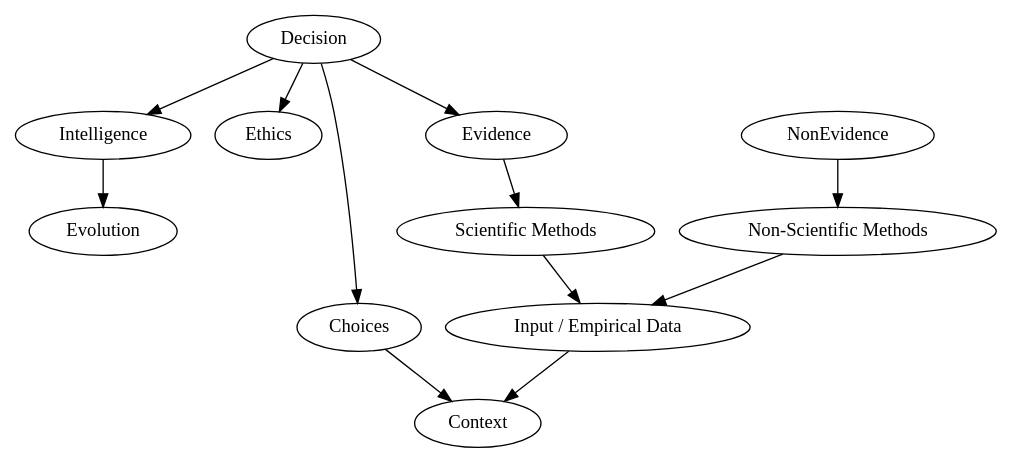
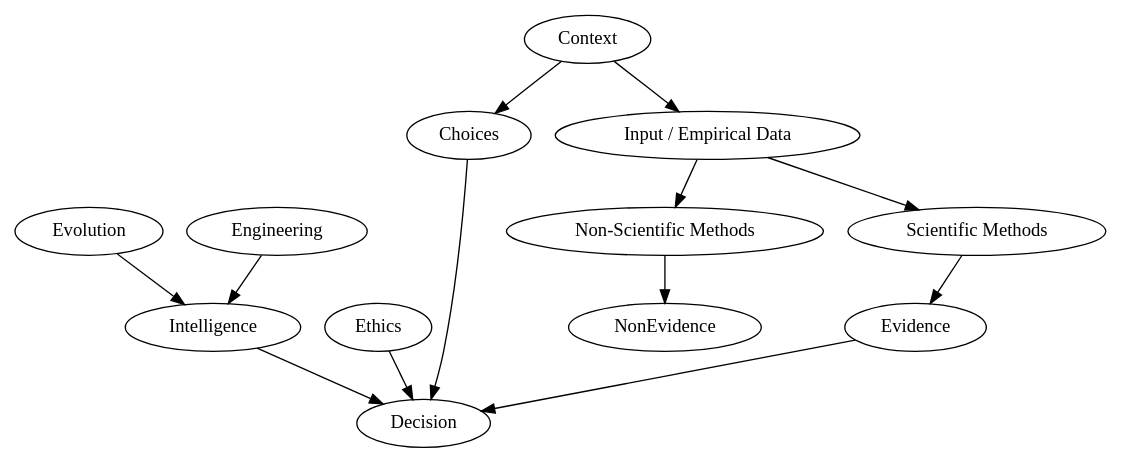
One commit to freeman42x/formalize-all-the-things changed the diagram in Concepts/Abstract.dot. Above: the diagram before and after it, drawn with Graphviz.

```diff
--- a/Concepts/Abstract.dot
+++ b/Concepts/Abstract.dot
@@ -1,71 +1,71 @@
 digraph G {
 
   /*
     TODO
     A weird concept related to freedom
     that humans think they can do
 
     Decision ties into Systems Theory concepts
     could use to more easily explain it
   */
   "Decision";
 
   /*
     Intelligence is a metric that measures the capability of an agent
     to make optimal decisions in relation to its goals
   */
   "Intelligence" [weight=1];
 
   /*
     Decision making constraint
     that optimizes for good (<- TODO) of systems of agents
   */
   "Ethics" [weight=1];
 
   // All possible decisions you could make in current context
   "Choices" [weight=1];
 
   "Input / Empirical Data";
 
-  // Information that has no correlation with the context
-  "NonEvidence" -> "Non-Scientific Methods";
-
   // Information that comes from context
   "Evidence" [weight=1];
-
-  "Decision" -> "Intelligence";
-
-  "Decision" -> "Ethics";
-
-  "Decision" -> "Choices";
-
-  "Decision" -> "Evidence";
-
-  "Evidence" -> "Scientific Methods";
-
-  "Scientific Methods" -> "Input / Empirical Data";
-
-  "Non-Scientific Methods" -> "Input / Empirical Data";
-
-  // via Theory of Evolution
-  "Intelligence" -> "Evolution"
 
   /*
     TODO context needs to be abstracted away from the Laws of Physics
     -- the semantics need to function in any type of reality irregardless of physics
     -- senses - inputs (consciousness O.O)
     -- example contexts:
         - being somewhere in physical reality
         - virtual context - being an agent inside of a virtual world like a game
         - simulation context - we ourselves could be in a simulation
                             - mostly irrelevant for daily lives but fu -}
   {-  spacetime coordinate
       - 3D location
       - time             -}
   */
   "Context";
 
-  "Choices" -> "Context";
+  "Intelligence" -> "Decision";
+  "Ethics" -> "Decision";
+  "Choices" -> "Decision";
+  "Evidence" -> "Decision";
 
-  "Input / Empirical Data" -> "Context";
+  // Information that has no correlation with the context
+  "Non-Scientific Methods" -> "NonEvidence";
+
+  "Scientific Methods" -> "Evidence";
+
+  "Input / Empirical Data" -> "Scientific Methods";
+
+  "Input / Empirical Data" -> "Non-Scientific Methods";
+
+  // via Theory of Evolution
+  "Evolution" -> "Intelligence";
+
+  "Engineering" -> "Intelligence";
+
+  "Context" -> "Choices";
+
+  "Context" -> "Input / Empirical Data";
+
 }
```
